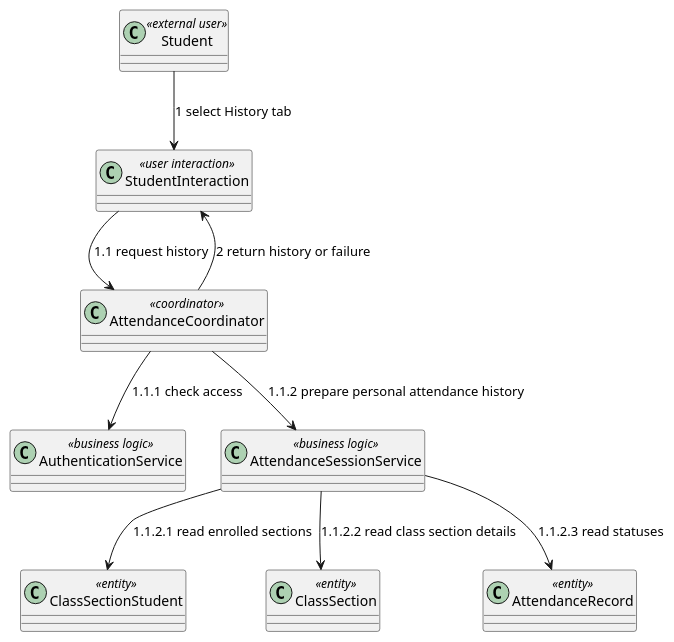
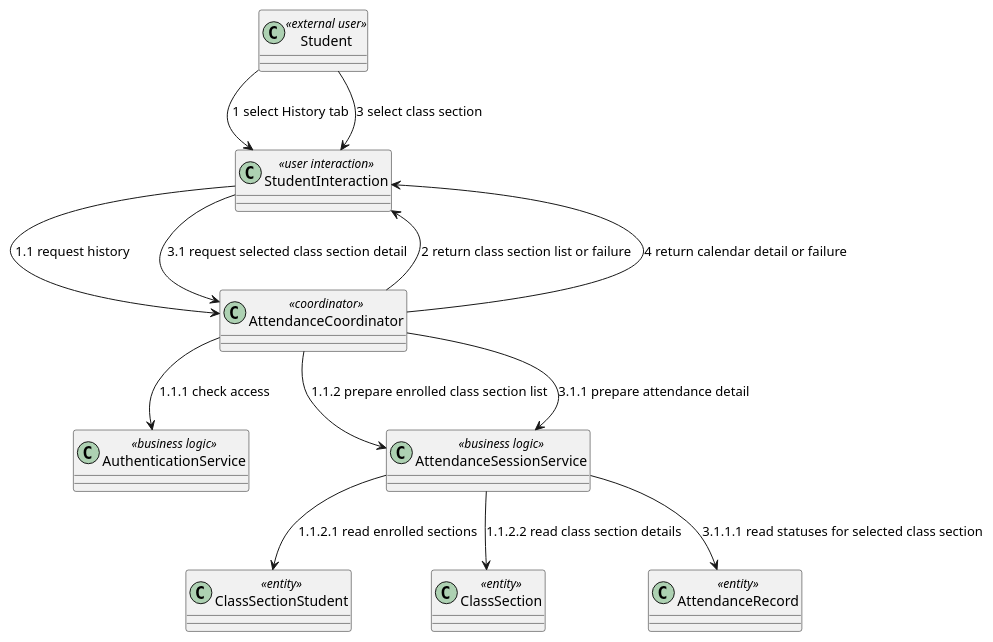
Before and after one commit to nttung42/SWD392: diagram 12 of 29 in docs/sds/2_Analysis.md, drawn with PlantUML. The commit also changed other lines of this file and 1 other file, not shown here.

````diff
--- a/docs/sds/2_Analysis.md
+++ b/docs/sds/2_Analysis.md
@@ -613,21 +626,25 @@
 ```plantuml
 @startuml
 class "Student" as Student <<external user>>
 class "StudentInteraction" as StudentUI <<user interaction>>
 class "AttendanceCoordinator" as HistoryControl <<coordinator>>
 class "AuthenticationService" as AuthRules <<business logic>>
 class "AttendanceSessionService" as HistoryRules <<business logic>>
 class "ClassSectionStudent" as ClassSectionStudent <<entity>>
 class "ClassSection" as ClassSection <<entity>>
 class "AttendanceRecord" as AttendanceRecord <<entity>>
 
 Student --> StudentUI : 1 select History tab
 StudentUI --> HistoryControl : 1.1 request history
 HistoryControl --> AuthRules : 1.1.1 check access
-HistoryControl --> HistoryRules : 1.1.2 prepare personal attendance history
+HistoryControl --> HistoryRules : 1.1.2 prepare enrolled class section list
 HistoryRules --> ClassSectionStudent : 1.1.2.1 read enrolled sections
 HistoryRules --> ClassSection : 1.1.2.2 read class section details
-HistoryRules --> AttendanceRecord : 1.1.2.3 read statuses
-HistoryControl --> StudentUI : 2 return history or failure
+HistoryControl --> StudentUI : 2 return class section list or failure
+Student --> StudentUI : 3 select class section
+StudentUI --> HistoryControl : 3.1 request selected class section detail
+HistoryControl --> HistoryRules : 3.1.1 prepare attendance detail
+HistoryRules --> AttendanceRecord : 3.1.1.1 read statuses for selected class section
+HistoryControl --> StudentUI : 4 return calendar detail or failure
 @enduml
 ```
````
